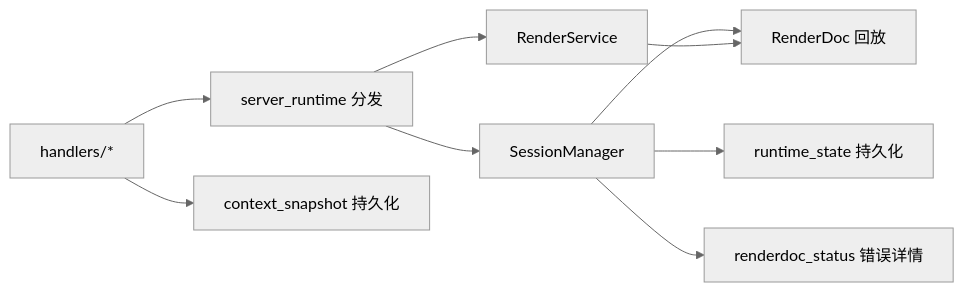
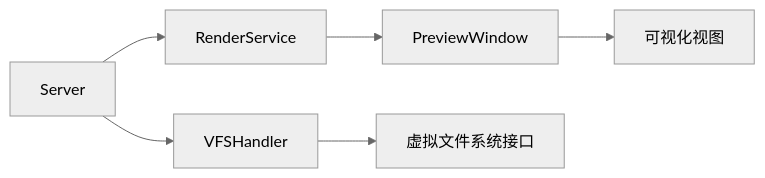
The seventh of 11 diagrams in .qoder/repowiki/zh/content/核心概念/核心概念.md (haolange/RDC-Tool), drawn with Mermaid (neutral theme) before and after one commit. The commit also changed other lines of this file and 180 other files, not shown here.

````diff
--- a/.qoder/repowiki/zh/content/核心概念/核心概念.md
+++ b/.qoder/repowiki/zh/content/核心概念/核心概念.md
@@ -362,11 +472,8 @@
 ```mermaid
 graph LR
-Handlers["handlers/*"] --> Dispatch["server_runtime 分发"]
-Dispatch --> SM["SessionManager"]
-Dispatch --> RS["RenderService"]
-SM --> RD["RenderDoc 回放"]
-RS --> RD
-SM --> ST["runtime_state 持久化"]
-Handlers --> CS["context_snapshot 持久化"]
-SM --> ERR["renderdoc_status 错误详情"]
+SRV["Server"] --> RENDER["RenderService"]
+RENDER --> PREV["PreviewWindow"]
+SRV --> VFS["VFSHandler"]
+VFS --> FS["虚拟文件系统接口"]
+PREV --> VIEW["可视化视图"]
 ```
````
